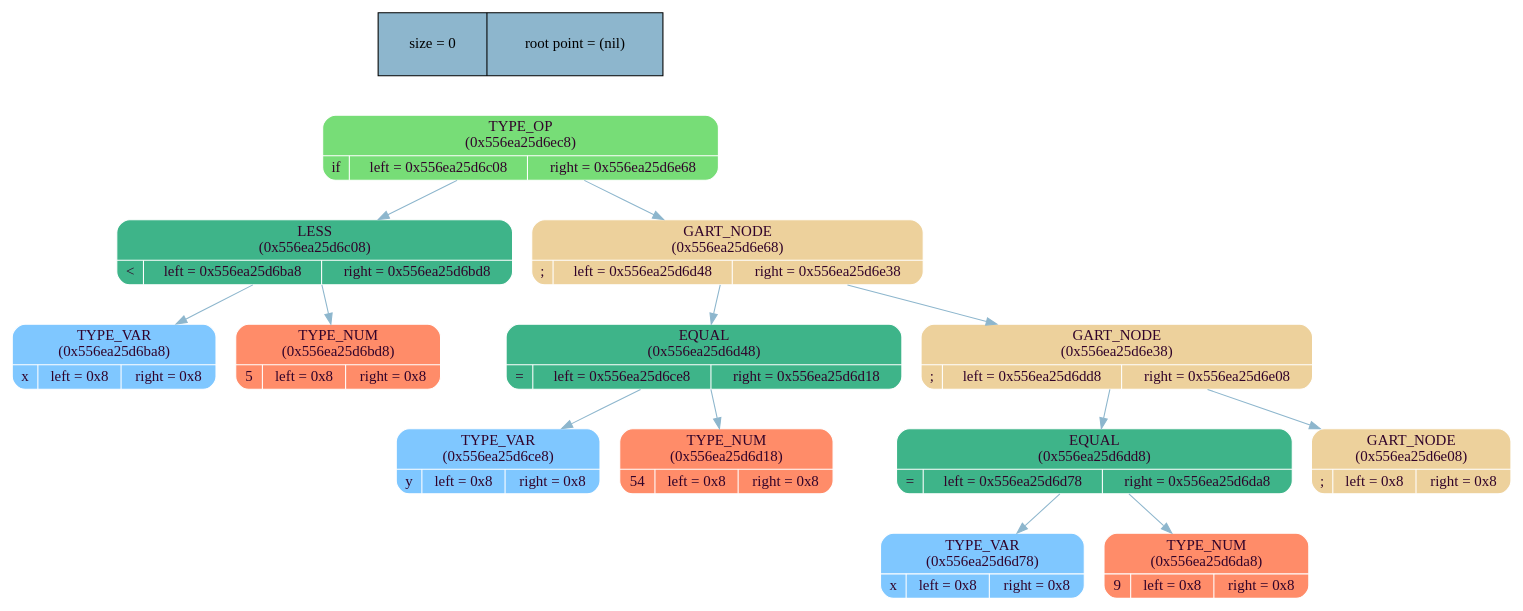
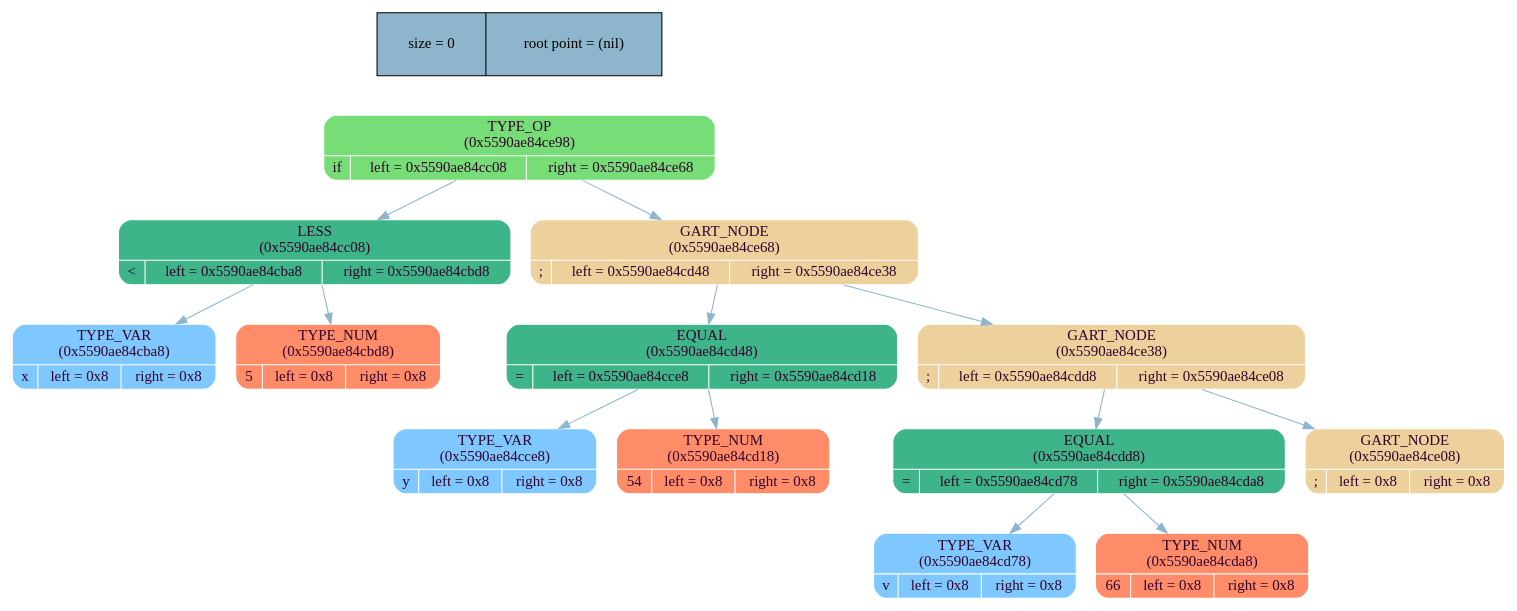
The diagram in frontend/tree/graph_lib/tree_dump.dot (MaxGroshev/language), drawn with Graphviz before and after one commit. The commit also changed 4 other files, not shown here.

```diff
--- a/frontend/tree/graph_lib/tree_dump.dot
+++ b/frontend/tree/graph_lib/tree_dump.dot
@@ -1,34 +1,34 @@
 digraph   
 {
 rankdir = ""
 splines = "true"
 
 node_stat [margin = "0.3*0.3", style = "filled", shape = "record", fillcolor = "#8DB6CD" label = " size = 0 | root point = (nil)"]
 {rank = source; node_stat}
 
-node0x556ea25d6ec8 [shape = "Mrecord", fillcolor = "#77DD77", style = "filled", fontcolor = "#31032A", fontname = "Calibri", color = "white", label = "{TYPE_OP\n (0x556ea25d6ec8)| {if |left = 0x556ea25d6c08 |right = 0x556ea25d6e68}}"]
-node0x556ea25d6ec8 -> node0x556ea25d6c08 [color = "#8DB6CD", style = "", constraint = true, fillcolor = "#8DB6CD",   fontcolor = "", fontname = "Calibri", label = ""];
-node0x556ea25d6c08 [shape = "Mrecord", fillcolor = "#3EB489", style = "filled", fontcolor = "#31032A", fontname = "Calibri", color = "white", label = "{LESS\n (0x556ea25d6c08)| {\< |left = 0x556ea25d6ba8 |right = 0x556ea25d6bd8}}"]
-node0x556ea25d6c08 -> node0x556ea25d6ba8 [color = "#8DB6CD", style = "", constraint = true, fillcolor = "#8DB6CD",   fontcolor = "", fontname = "Calibri", label = ""];
-node0x556ea25d6ba8 [shape = "Mrecord", fillcolor = "#7FC7FF", style = "filled", fontcolor = "#31032A", fontname = "Calibri", color = "white", label = "{TYPE_VAR\n (0x556ea25d6ba8)| {x |left = 0x8 |right = 0x8}}"]
-node0x556ea25d6c08 -> node0x556ea25d6bd8 [color = "#8DB6CD", style = "", constraint = true, fillcolor = "#8DB6CD",   fontcolor = "", fontname = "Calibri", label = ""];
-node0x556ea25d6bd8 [shape = "Mrecord", fillcolor = "#FF8C69", style = "filled", fontcolor = "#31032A", fontname = "Calibri", color = "white", label = "{TYPE_NUM\n (0x556ea25d6bd8)| {5 |left = 0x8 |right = 0x8}}"]
-node0x556ea25d6ec8 -> node0x556ea25d6e68 [color = "#8DB6CD", style = "", constraint = true, fillcolor = "#8DB6CD",   fontcolor = "", fontname = "Calibri", label = ""];
-node0x556ea25d6e68 [shape = "Mrecord", fillcolor = "#EDD19C", style = "filled", fontcolor = "#31032A", fontname = "Calibri", color = "white", label = "{GART_NODE\n (0x556ea25d6e68)| {; |left = 0x556ea25d6d48 |right = 0x556ea25d6e38}}"]
-node0x556ea25d6e68 -> node0x556ea25d6d48 [color = "#8DB6CD", style = "", constraint = true, fillcolor = "#8DB6CD",   fontcolor = "", fontname = "Calibri", label = ""];
-node0x556ea25d6d48 [shape = "Mrecord", fillcolor = "#3EB489", style = "filled", fontcolor = "#31032A", fontname = "Calibri", color = "white", label = "{EQUAL\n (0x556ea25d6d48)| {= |left = 0x556ea25d6ce8 |right = 0x556ea25d6d18}}"]
-node0x556ea25d6d48 -> node0x556ea25d6ce8 [color = "#8DB6CD", style = "", constraint = true, fillcolor = "#8DB6CD",   fontcolor = "", fontname = "Calibri", label = ""];
-node0x556ea25d6ce8 [shape = "Mrecord", fillcolor = "#7FC7FF", style = "filled", fontcolor = "#31032A", fontname = "Calibri", color = "white", label = "{TYPE_VAR\n (0x556ea25d6ce8)| {y |left = 0x8 |right = 0x8}}"]
-node0x556ea25d6d48 -> node0x556ea25d6d18 [color = "#8DB6CD", style = "", constraint = true, fillcolor = "#8DB6CD",   fontcolor = "", fontname = "Calibri", label = ""];
-node0x556ea25d6d18 [shape = "Mrecord", fillcolor = "#FF8C69", style = "filled", fontcolor = "#31032A", fontname = "Calibri", color = "white", label = "{TYPE_NUM\n (0x556ea25d6d18)| {54 |left = 0x8 |right = 0x8}}"]
-node0x556ea25d6e68 -> node0x556ea25d6e38 [color = "#8DB6CD", style = "", constraint = true, fillcolor = "#8DB6CD",   fontcolor = "", fontname = "Calibri", label = ""];
-node0x556ea25d6e38 [shape = "Mrecord", fillcolor = "#EDD19C", style = "filled", fontcolor = "#31032A", fontname = "Calibri", color = "white", label = "{GART_NODE\n (0x556ea25d6e38)| {; |left = 0x556ea25d6dd8 |right = 0x556ea25d6e08}}"]
-node0x556ea25d6e38 -> node0x556ea25d6dd8 [color = "#8DB6CD", style = "", constraint = true, fillcolor = "#8DB6CD",   fontcolor = "", fontname = "Calibri", label = ""];
-node0x556ea25d6dd8 [shape = "Mrecord", fillcolor = "#3EB489", style = "filled", fontcolor = "#31032A", fontname = "Calibri", color = "white", label = "{EQUAL\n (0x556ea25d6dd8)| {= |left = 0x556ea25d6d78 |right = 0x556ea25d6da8}}"]
-node0x556ea25d6dd8 -> node0x556ea25d6d78 [color = "#8DB6CD", style = "", constraint = true, fillcolor = "#8DB6CD",   fontcolor = "", fontname = "Calibri", label = ""];
-node0x556ea25d6d78 [shape = "Mrecord", fillcolor = "#7FC7FF", style = "filled", fontcolor = "#31032A", fontname = "Calibri", color = "white", label = "{TYPE_VAR\n (0x556ea25d6d78)| {x |left = 0x8 |right = 0x8}}"]
-node0x556ea25d6dd8 -> node0x556ea25d6da8 [color = "#8DB6CD", style = "", constraint = true, fillcolor = "#8DB6CD",   fontcolor = "", fontname = "Calibri", label = ""];
-node0x556ea25d6da8 [shape = "Mrecord", fillcolor = "#FF8C69", style = "filled", fontcolor = "#31032A", fontname = "Calibri", color = "white", label = "{TYPE_NUM\n (0x556ea25d6da8)| {9 |left = 0x8 |right = 0x8}}"]
-node0x556ea25d6e38 -> node0x556ea25d6e08 [color = "#8DB6CD", style = "", constraint = true, fillcolor = "#8DB6CD",   fontcolor = "", fontname = "Calibri", label = ""];
-node0x556ea25d6e08 [shape = "Mrecord", fillcolor = "#EDD19C", style = "filled", fontcolor = "#31032A", fontname = "Calibri", color = "white", label = "{GART_NODE\n (0x556ea25d6e08)| {; |left = 0x8 |right = 0x8}}"]
+node0x5590ae84ce98 [shape = "Mrecord", fillcolor = "#77DD77", style = "filled", fontcolor = "#31032A", fontname = "Calibri", color = "white", label = "{TYPE_OP\n (0x5590ae84ce98)| {if |left = 0x5590ae84cc08 |right = 0x5590ae84ce68}}"]
+node0x5590ae84ce98 -> node0x5590ae84cc08 [color = "#8DB6CD", style = "", constraint = true, fillcolor = "#8DB6CD",   fontcolor = "", fontname = "Calibri", label = ""];
+node0x5590ae84cc08 [shape = "Mrecord", fillcolor = "#3EB489", style = "filled", fontcolor = "#31032A", fontname = "Calibri", color = "white", label = "{LESS\n (0x5590ae84cc08)| {\< |left = 0x5590ae84cba8 |right = 0x5590ae84cbd8}}"]
+node0x5590ae84cc08 -> node0x5590ae84cba8 [color = "#8DB6CD", style = "", constraint = true, fillcolor = "#8DB6CD",   fontcolor = "", fontname = "Calibri", label = ""];
+node0x5590ae84cba8 [shape = "Mrecord", fillcolor = "#7FC7FF", style = "filled", fontcolor = "#31032A", fontname = "Calibri", color = "white", label = "{TYPE_VAR\n (0x5590ae84cba8)| {x |left = 0x8 |right = 0x8}}"]
+node0x5590ae84cc08 -> node0x5590ae84cbd8 [color = "#8DB6CD", style = "", constraint = true, fillcolor = "#8DB6CD",   fontcolor = "", fontname = "Calibri", label = ""];
+node0x5590ae84cbd8 [shape = "Mrecord", fillcolor = "#FF8C69", style = "filled", fontcolor = "#31032A", fontname = "Calibri", color = "white", label = "{TYPE_NUM\n (0x5590ae84cbd8)| {5 |left = 0x8 |right = 0x8}}"]
+node0x5590ae84ce98 -> node0x5590ae84ce68 [color = "#8DB6CD", style = "", constraint = true, fillcolor = "#8DB6CD",   fontcolor = "", fontname = "Calibri", label = ""];
+node0x5590ae84ce68 [shape = "Mrecord", fillcolor = "#EDD19C", style = "filled", fontcolor = "#31032A", fontname = "Calibri", color = "white", label = "{GART_NODE\n (0x5590ae84ce68)| {; |left = 0x5590ae84cd48 |right = 0x5590ae84ce38}}"]
+node0x5590ae84ce68 -> node0x5590ae84cd48 [color = "#8DB6CD", style = "", constraint = true, fillcolor = "#8DB6CD",   fontcolor = "", fontname = "Calibri", label = ""];
+node0x5590ae84cd48 [shape = "Mrecord", fillcolor = "#3EB489", style = "filled", fontcolor = "#31032A", fontname = "Calibri", color = "white", label = "{EQUAL\n (0x5590ae84cd48)| {= |left = 0x5590ae84cce8 |right = 0x5590ae84cd18}}"]
+node0x5590ae84cd48 -> node0x5590ae84cce8 [color = "#8DB6CD", style = "", constraint = true, fillcolor = "#8DB6CD",   fontcolor = "", fontname = "Calibri", label = ""];
+node0x5590ae84cce8 [shape = "Mrecord", fillcolor = "#7FC7FF", style = "filled", fontcolor = "#31032A", fontname = "Calibri", color = "white", label = "{TYPE_VAR\n (0x5590ae84cce8)| {y |left = 0x8 |right = 0x8}}"]
+node0x5590ae84cd48 -> node0x5590ae84cd18 [color = "#8DB6CD", style = "", constraint = true, fillcolor = "#8DB6CD",   fontcolor = "", fontname = "Calibri", label = ""];
+node0x5590ae84cd18 [shape = "Mrecord", fillcolor = "#FF8C69", style = "filled", fontcolor = "#31032A", fontname = "Calibri", color = "white", label = "{TYPE_NUM\n (0x5590ae84cd18)| {54 |left = 0x8 |right = 0x8}}"]
+node0x5590ae84ce68 -> node0x5590ae84ce38 [color = "#8DB6CD", style = "", constraint = true, fillcolor = "#8DB6CD",   fontcolor = "", fontname = "Calibri", label = ""];
+node0x5590ae84ce38 [shape = "Mrecord", fillcolor = "#EDD19C", style = "filled", fontcolor = "#31032A", fontname = "Calibri", color = "white", label = "{GART_NODE\n (0x5590ae84ce38)| {; |left = 0x5590ae84cdd8 |right = 0x5590ae84ce08}}"]
+node0x5590ae84ce38 -> node0x5590ae84cdd8 [color = "#8DB6CD", style = "", constraint = true, fillcolor = "#8DB6CD",   fontcolor = "", fontname = "Calibri", label = ""];
+node0x5590ae84cdd8 [shape = "Mrecord", fillcolor = "#3EB489", style = "filled", fontcolor = "#31032A", fontname = "Calibri", color = "white", label = "{EQUAL\n (0x5590ae84cdd8)| {= |left = 0x5590ae84cd78 |right = 0x5590ae84cda8}}"]
+node0x5590ae84cdd8 -> node0x5590ae84cd78 [color = "#8DB6CD", style = "", constraint = true, fillcolor = "#8DB6CD",   fontcolor = "", fontname = "Calibri", label = ""];
+node0x5590ae84cd78 [shape = "Mrecord", fillcolor = "#7FC7FF", style = "filled", fontcolor = "#31032A", fontname = "Calibri", color = "white", label = "{TYPE_VAR\n (0x5590ae84cd78)| {v |left = 0x8 |right = 0x8}}"]
+node0x5590ae84cdd8 -> node0x5590ae84cda8 [color = "#8DB6CD", style = "", constraint = true, fillcolor = "#8DB6CD",   fontcolor = "", fontname = "Calibri", label = ""];
+node0x5590ae84cda8 [shape = "Mrecord", fillcolor = "#FF8C69", style = "filled", fontcolor = "#31032A", fontname = "Calibri", color = "white", label = "{TYPE_NUM\n (0x5590ae84cda8)| {66 |left = 0x8 |right = 0x8}}"]
+node0x5590ae84ce38 -> node0x5590ae84ce08 [color = "#8DB6CD", style = "", constraint = true, fillcolor = "#8DB6CD",   fontcolor = "", fontname = "Calibri", label = ""];
+node0x5590ae84ce08 [shape = "Mrecord", fillcolor = "#EDD19C", style = "filled", fontcolor = "#31032A", fontname = "Calibri", color = "white", label = "{GART_NODE\n (0x5590ae84ce08)| {; |left = 0x8 |right = 0x8}}"]
 }
```
